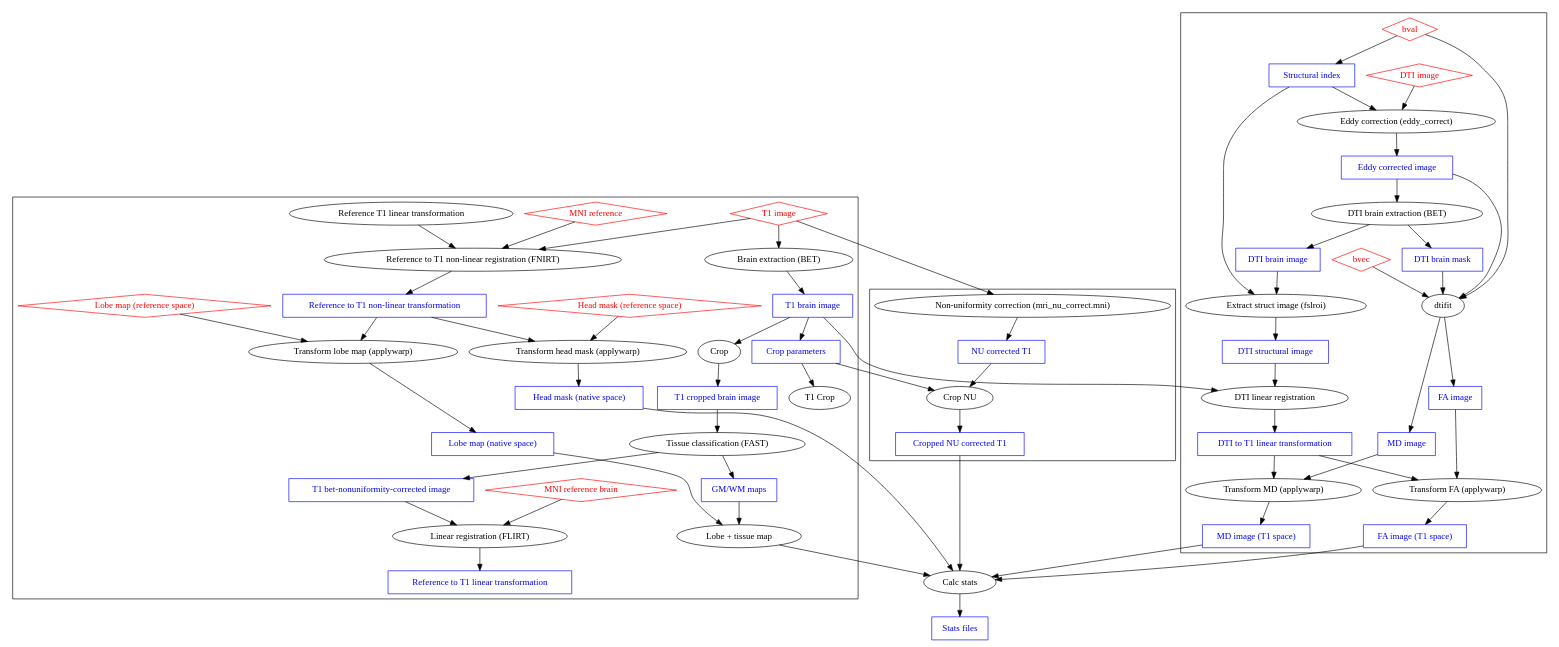
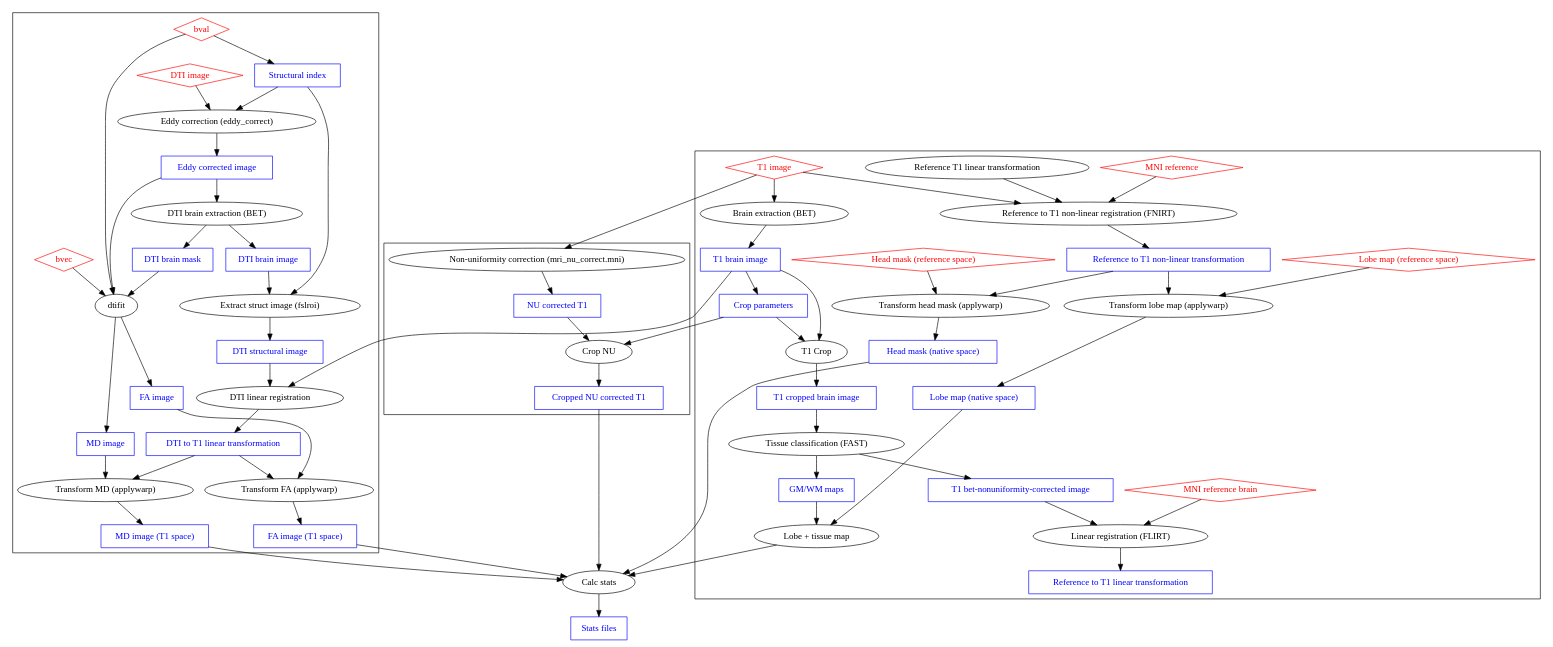
Before and after one commit to pndni/Charge_GM_WM_Properties_Pipeline: the diagram in doc/pipeline.dot, drawn with Graphviz. The commit also changed 2 other files, not shown here.

```diff
--- a/doc/pipeline.dot
+++ b/doc/pipeline.dot
@@ -1,67 +1,67 @@
 strict digraph Pipeline {
 subgraph Inputs {
 node [shape=diamond, color=red, fontcolor=red]
 "T1 image"
 "MNI reference"
 "MNI reference brain"
 "Lobe map (reference space)"
 "Head mask (reference space)"
 "DTI image"
 "bvec"
 "bval"
 }
 subgraph Outputs {
 node[shape=rect, color=blue, fontcolor=blue];
 "T1 brain image" 
 "T1 cropped brain image" 
 "GM/WM maps"
 "T1 bet-nonuniformity-corrected image"
 "Crop parameters"
 "Reference to T1 linear transformation"
 "Reference to T1 non-linear transformation"
 "Lobe map (native space)"
 "Head mask (native space)"
 "NU corrected T1"
 "Cropped NU corrected T1"
 "Eddy corrected image"
 "DTI brain mask"
 "FA image"
 "MD image"
 "FA image (T1 space)"
 "MD image (T1 space)"
 "DTI to T1 linear transformation"
 "Stats files"
 "Structural index"
 "DTI brain image"
 "DTI structural image"
 }
 subgraph clustermaps{
-"T1 image" -> "Brain extraction (BET)" -> "T1 brain image" -> "Crop" -> "T1 cropped brain image" -> "Tissue classification (FAST)"
+"T1 image" -> "Brain extraction (BET)" -> "T1 brain image" -> "T1 Crop" -> "T1 cropped brain image" -> "Tissue classification (FAST)"
 "T1 brain image" -> "Crop parameters" -> "T1 Crop"
 "Tissue classification (FAST)" -> {"GM/WM maps", "T1 bet-nonuniformity-corrected image"}
 {"T1 bet-nonuniformity-corrected image", "MNI reference brain"} -> "Linear registration (FLIRT)" -> "Reference to T1 linear transformation"
 {"Reference T1 linear transformation", "T1 image", "MNI reference"} -> "Reference to T1 non-linear registration (FNIRT)" -> "Reference to T1 non-linear transformation"
 {"Lobe map (reference space)", "Reference to T1 non-linear transformation"} -> "Transform lobe map (applywarp)" -> "Lobe map (native space)"
 {"Head mask (reference space)", "Reference to T1 non-linear transformation"} -> "Transform head mask (applywarp)" -> "Head mask (native space)"
 {"Lobe map (native space)", "GM/WM maps"} -> "Lobe + tissue map"
 }
 
 subgraph "clusterT1 data" {
 "T1 image" -> "Non-uniformity correction (mri_nu_correct.mni)" -> "NU corrected T1"
 {"NU corrected T1", "Crop parameters"} -> "Crop NU" -> "Cropped NU corrected T1"
 }
 
 subgraph "clusterDTI" {
 bval -> "Structural index"
 {"DTI image", "Structural index"} -> "Eddy correction (eddy_correct)" -> "Eddy corrected image"
 "Eddy corrected image" -> "DTI brain extraction (BET)" -> {"DTI brain mask", "DTI brain image"}
 {"Eddy corrected image", "bvec", "bval", "DTI brain mask"} -> dtifit -> {"FA image", "MD image"}
 {"DTI brain image", "Structural index"} -> "Extract struct image (fslroi)" -> "DTI structural image"
 {"DTI structural image", "T1 brain image"} -> "DTI linear registration" -> "DTI to T1 linear transformation"
 {"DTI to T1 linear transformation", "FA image"} -> "Transform FA (applywarp)" -> "FA image (T1 space)"
 {"DTI to T1 linear transformation", "MD image"} -> "Transform MD (applywarp)" -> "MD image (T1 space)"
 }
 
 {"Cropped NU corrected T1", "Lobe + tissue map", "Head mask (native space)", "FA image (T1 space)", "MD image (T1 space)"} -> "Calc stats" -> "Stats files"
 
 }
```
